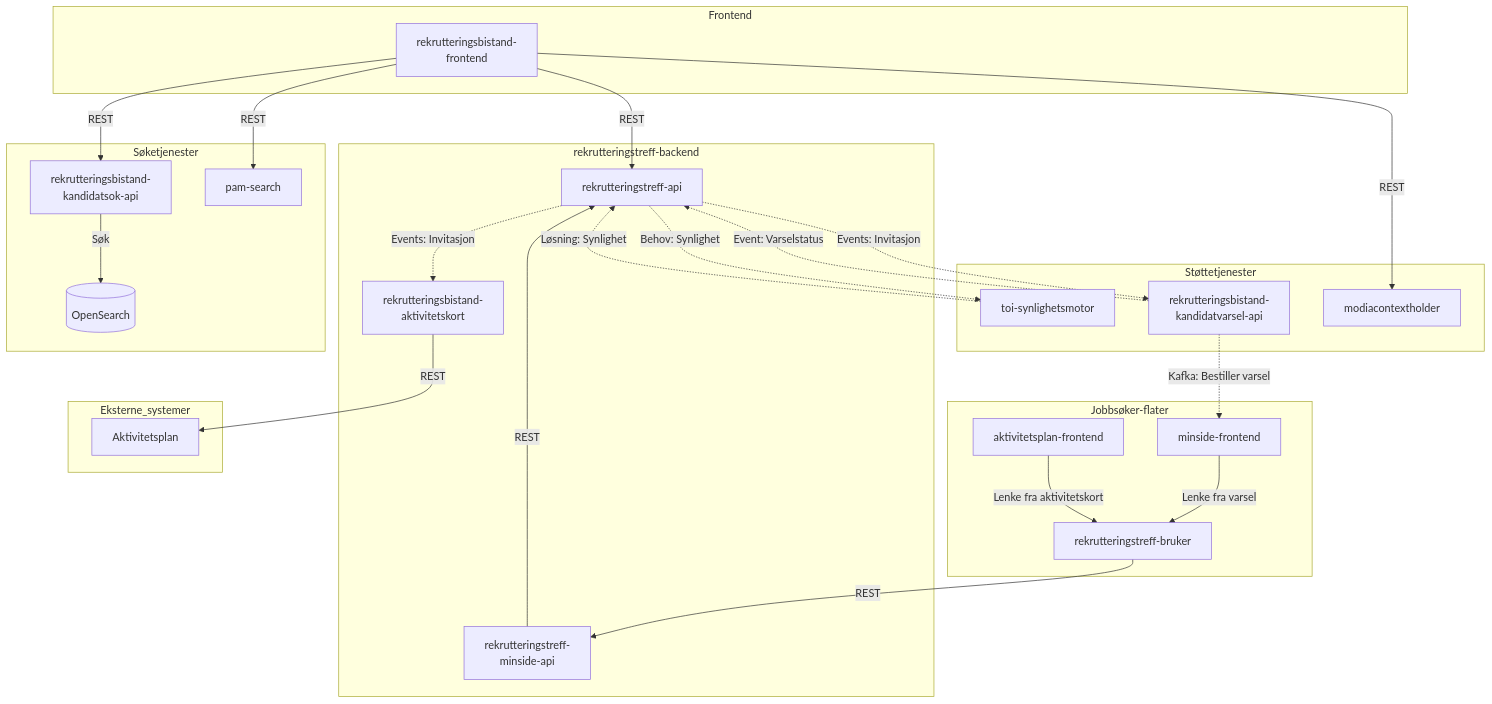
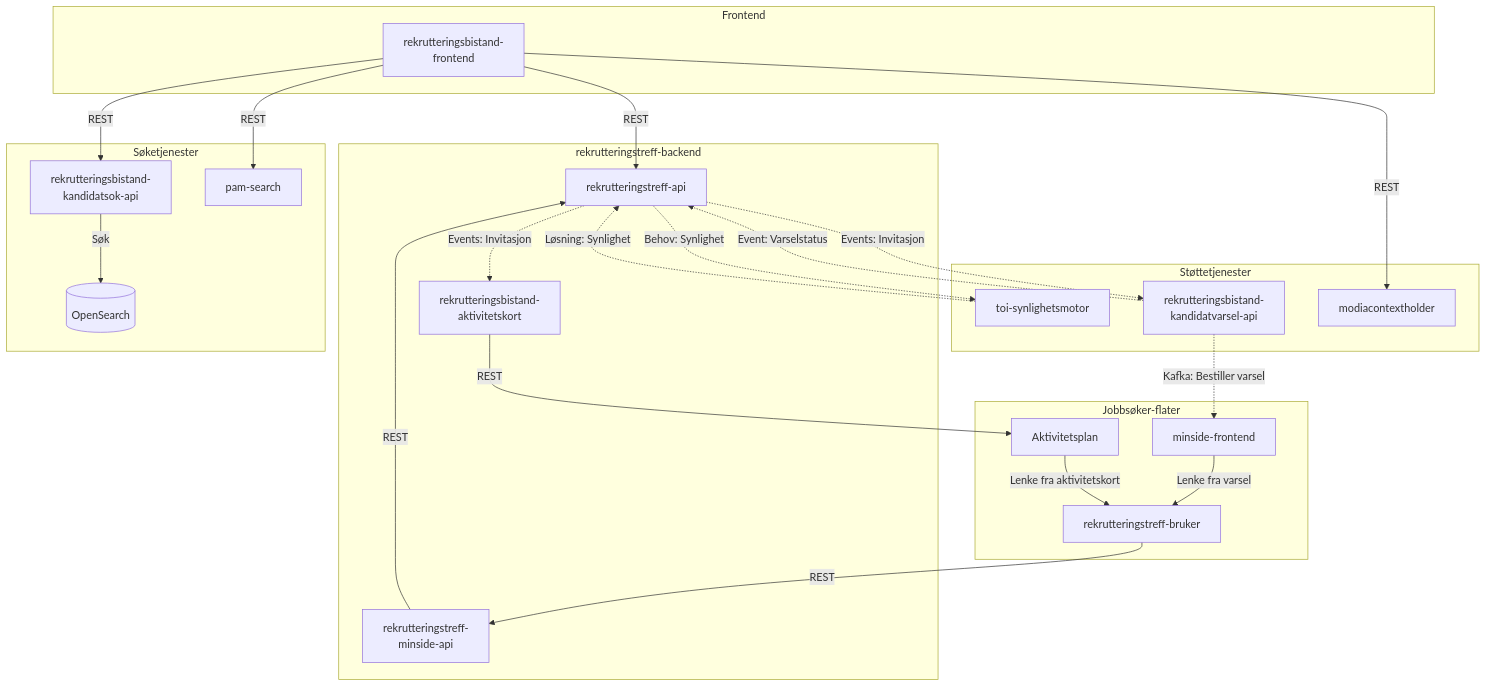
Before and after one commit to navikt/rekrutteringstreff-backend: the diagram in docs/1-oversikt/oversikt.md, drawn with Mermaid.

Commit message:
Oppdater systemdkumentasjon basert på ros

````diff
--- a/docs/1-oversikt/oversikt.md
+++ b/docs/1-oversikt/oversikt.md
@@ -17,63 +17,59 @@
 ```mermaid
 graph TD
     subgraph Frontend
         RBF[rekrutteringsbistand-<br/>frontend]
     end
 
     subgraph "rekrutteringstreff-backend"
         API[rekrutteringstreff-api]
         MINSIDE_API[rekrutteringstreff-<br/>minside-api]
         AK[rekrutteringsbistand-<br/>aktivitetskort]
     end
 
     subgraph Støttetjenester
         SYN[toi-synlighetsmotor]
         VARSEL[rekrutteringsbistand-<br/>kandidatvarsel-api]
         MODIA[modiacontextholder]
     end
 
     subgraph Søketjenester
         KSOK[rekrutteringsbistand-<br/>kandidatsok-api]
         OS[(OpenSearch)]
         PAM[pam-search]
     end
 
     subgraph "Jobbsøker-flater"
-        AKTIVITET_FE[aktivitetsplan-frontend]
+        AKTIVITET[Aktivitetsplan]
         MINSIDE_FE[minside-frontend]
         RTB[rekrutteringstreff-bruker]
-    end
-
-    subgraph Eksterne_systemer
-        AKTIVITET[Aktivitetsplan]
     end
 
     %% Frontend til backend
     RBF -->|REST| API
 
     %% Frontend til søketjenester
     RBF -->|REST| KSOK
     RBF -->|REST| PAM
     KSOK -->|Søk| OS
 
     %% Frontend til støttetjenester
     RBF -->|REST| MODIA
 
     %% Jobbsøker-flyt
     RTB -->|REST| MINSIDE_API
     MINSIDE_API -->|REST| API
     AK -->|REST| AKTIVITET
 
     %% Jobbsøker-innganger
     MINSIDE_FE -->|Lenke fra varsel| RTB
-    AKTIVITET_FE -->|Lenke fra aktivitetskort| RTB
+    AKTIVITET -->|Lenke fra aktivitetskort| RTB
 
     %% Kafka-flyt (Rapids & Rivers)
     API -.->|Events: Invitasjon| AK
     API -.->|Events: Invitasjon| VARSEL
     API -.->|Behov: Synlighet| SYN
     VARSEL -.->|Kafka: Bestiller varsel| MINSIDE_FE
 
     SYN -.->|Løsning: Synlighet| API
     VARSEL -.->|Event: Varselstatus| API
 ```
````
